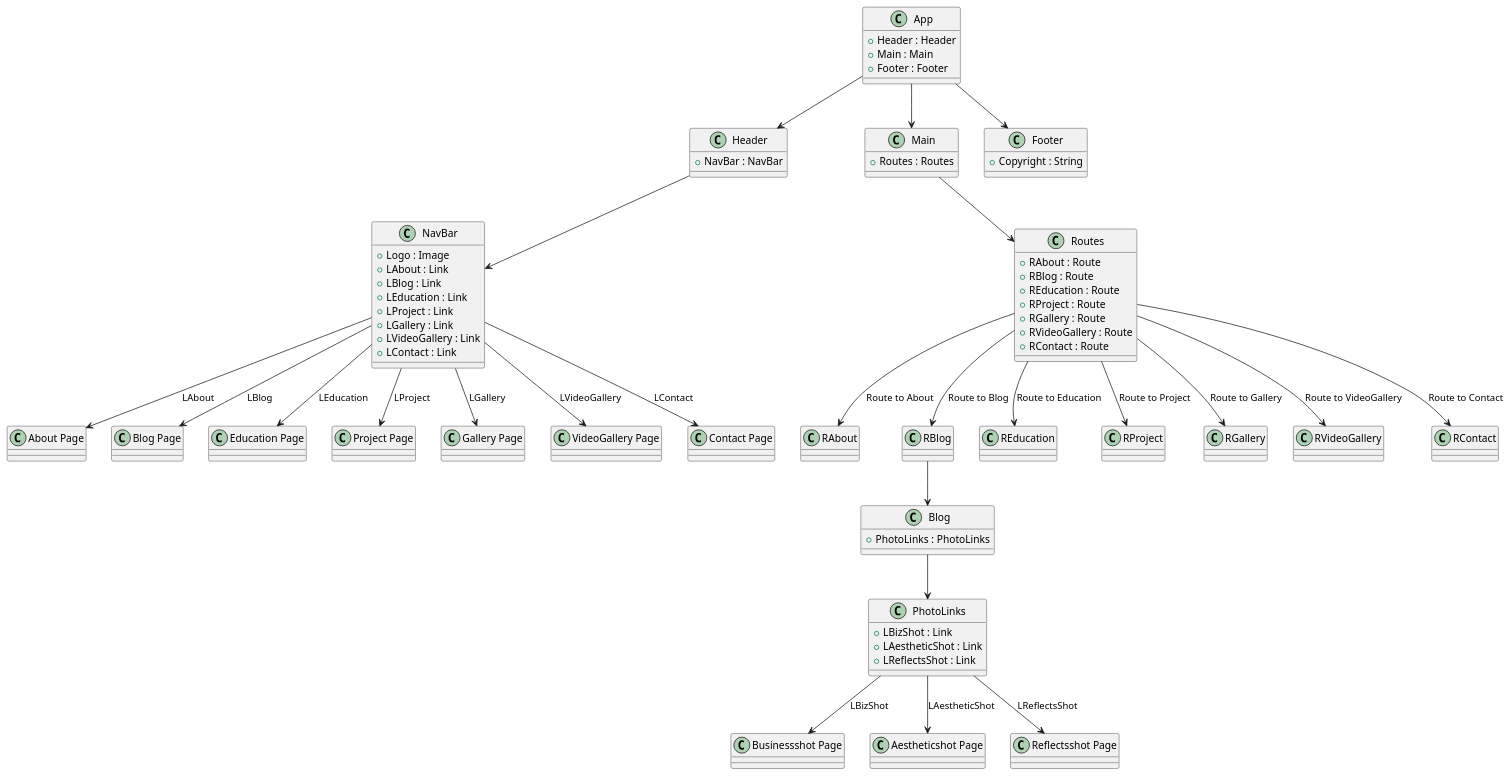
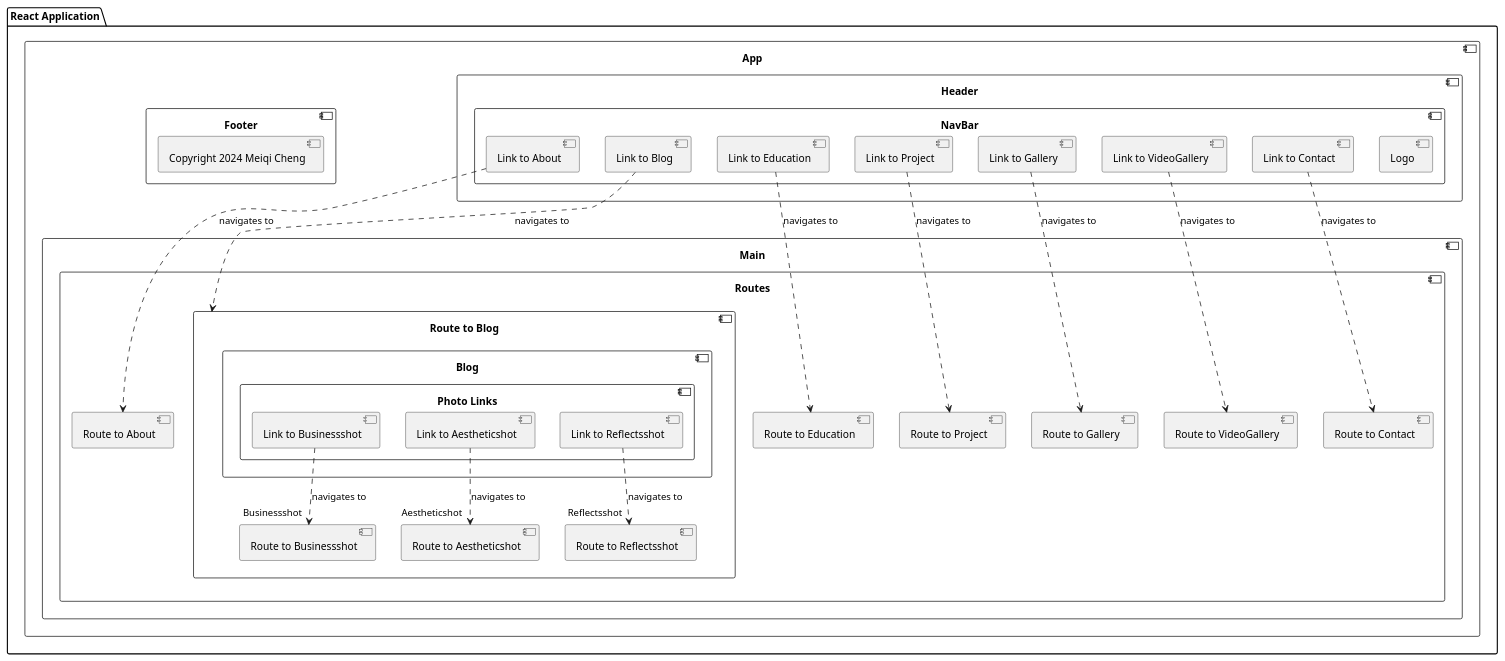
The diagram in diagrams/diagram.puml (BlurMonkey/MeiqiCheng), drawn with PlantUML before and after one commit.

```diff
--- a/diagrams/diagram.puml
+++ b/diagrams/diagram.puml
@@ -1,80 +1,59 @@
 @startuml
 
-class App {
-    +Header : Header
-    +Main : Main
-    +Footer : Footer
+package "React Application" {
+    component App {
+        component Header {
+            component NavBar {
+                component "Logo" as Logo
+                component "Link to About" as LAbout
+                component "Link to Blog" as LBlog
+                component "Link to Education" as LEducation
+                component "Link to Project" as LProject
+                component "Link to Gallery" as LGallery
+                component "Link to VideoGallery" as LVideoGallery
+                component "Link to Contact" as LContact
+            }
+        }
+        component Main {
+            component Routes {
+                component "Route to About" as RAbout
+                component "Route to Blog" as RBlog {
+                    component "Blog" as Blog {
+                        component "Photo Links" as PhotoLinks {
+                            component "Link to Businessshot" as LBizShot
+                            component "Link to Aestheticshot" as LAestheticShot
+                            component "Link to Reflectsshot" as LReflectsShot
+                        }
+                    }
+                    component "Route to Businessshot" as RBizShot
+                    component "Route to Aestheticshot" as RAestheticShot
+                    component "Route to Reflectsshot" as RReflectsShot
+                }
+                component "Route to Education" as REducation
+                component "Route to Project" as RProject
+                component "Route to Gallery" as RGallery
+                component "Route to VideoGallery" as RVideoGallery
+                component "Route to Contact" as RContact
+            }
+        }
+        component Footer {
+            component "Copyright 2024 Meiqi Cheng" as Copyright
+        }
+    }
 }
 
-class Header {
-    +NavBar : NavBar
-}
+' Connections from NavBar Links to Routes
+LAbout ..> RAbout : navigates to
+LBlog ..> RBlog : navigates to
+LEducation ..> REducation : navigates to
+LProject ..> RProject : navigates to
+LGallery ..> RGallery : navigates to
+LVideoGallery ..> RVideoGallery : navigates to
+LContact ..> RContact : navigates to
 
-class NavBar {
-    +Logo : Image
-    +LAbout : Link
-    +LBlog : Link
-    +LEducation : Link
-    +LProject : Link
-    +LGallery : Link
-    +LVideoGallery : Link
-    +LContact : Link
-}
-
-class Main {
-    +Routes : Routes
-}
-
-class Routes {
-    +RAbout : Route
-    +RBlog : Route
-    +REducation : Route
-    +RProject : Route
-    +RGallery : Route
-    +RVideoGallery : Route
-    +RContact : Route
-}
-
-class Blog {
-    +PhotoLinks : PhotoLinks
-}
-
-class PhotoLinks {
-    +LBizShot : Link
-    +LAestheticShot : Link
-    +LReflectsShot : Link
-}
-
-class Footer {
-    +Copyright : String
-}
-
-App --> Header
-App --> Main
-App --> Footer
-
-Header --> NavBar
-NavBar --> "About Page" : LAbout
-NavBar --> "Blog Page" : LBlog
-NavBar --> "Education Page" : LEducation
-NavBar --> "Project Page" : LProject
-NavBar --> "Gallery Page" : LGallery
-NavBar --> "VideoGallery Page" : LVideoGallery
-NavBar --> "Contact Page" : LContact
-
-Main --> Routes
-Routes --> RAbout : "Route to About"
-Routes --> RBlog : "Route to Blog"
-Routes --> REducation : "Route to Education"
-Routes --> RProject : "Route to Project"
-Routes --> RGallery : "Route to Gallery"
-Routes --> RVideoGallery : "Route to VideoGallery"
-Routes --> RContact : "Route to Contact"
-
-RBlog --> Blog
-Blog --> PhotoLinks
-PhotoLinks --> "Businessshot Page" : LBizShot
-PhotoLinks --> "Aestheticshot Page" : LAestheticShot
-PhotoLinks --> "Reflectsshot Page" : LReflectsShot
+' Connections from Blog to individual image detail pages
+LBizShot ..> RBizShot : navigates to "Businessshot"
+LAestheticShot ..> RAestheticShot : navigates to "Aestheticshot"
+LReflectsShot ..> RReflectsShot : navigates to "Reflectsshot"
 
 @enduml
```
